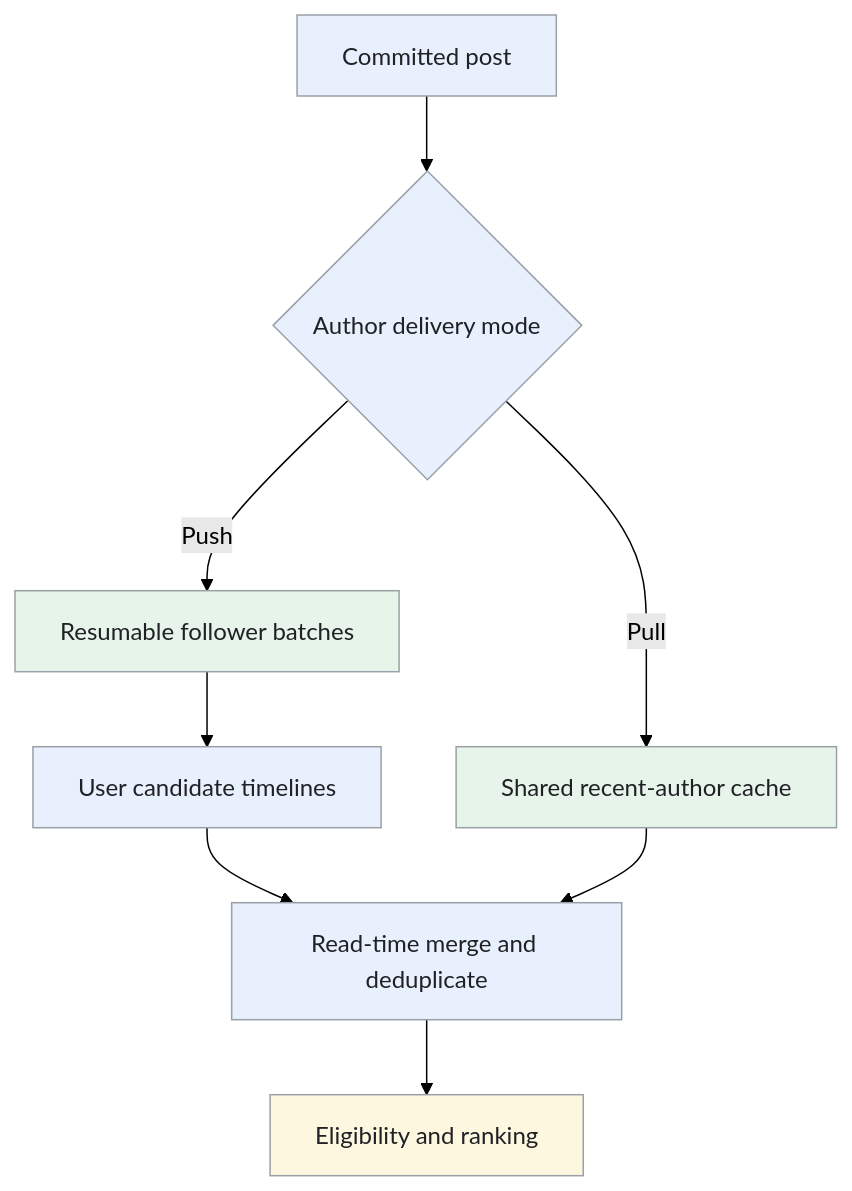
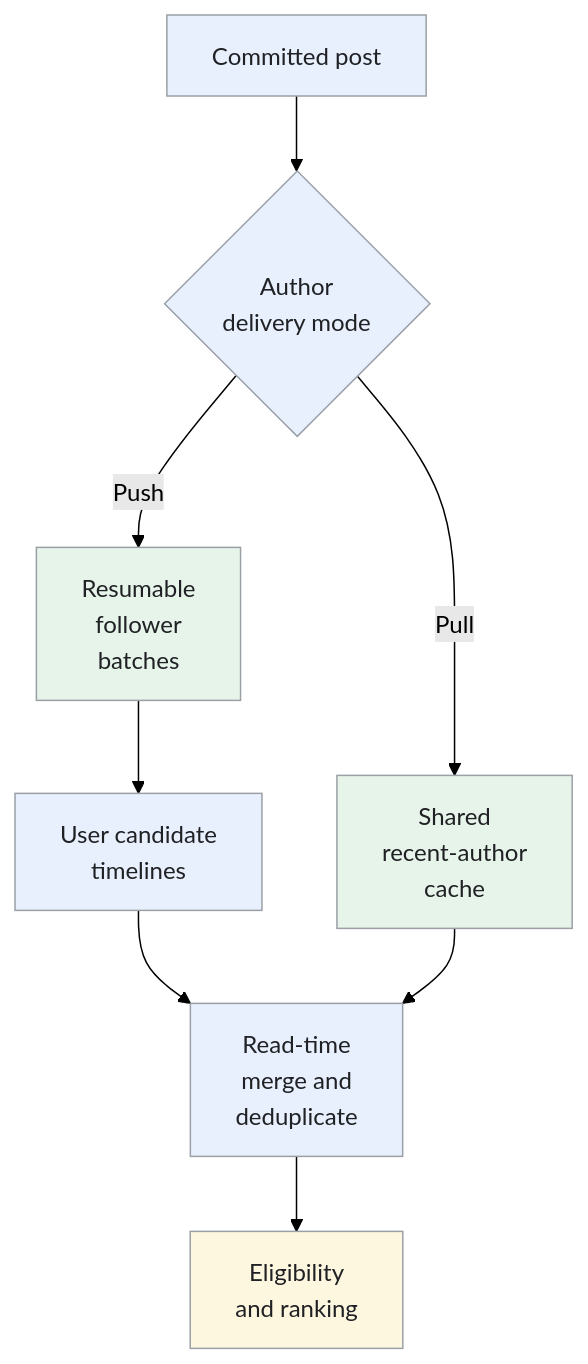
Before and after one commit to iliazlobin/iliazlobin.github.io: the fourth of 6 diagrams in _designs/system-design-news-feed.md, drawn with Mermaid (forest theme). The commit also changed other lines of this file and 116 other files, not shown here.

````diff
--- a/_designs/system-design-news-feed.md
+++ b/_designs/system-design-news-feed.md
@@ -292,16 +320,16 @@
 ```mermaid
 flowchart TB
-  P["Committed post"] --> C{"Author delivery mode"}
-  C -->|"Push"| B["Resumable follower batches"]
-  B --> T["User candidate timelines"]
-  C -->|"Pull"| A["Shared recent-author cache"]
-  T --> M["Read-time merge and deduplicate"]
+  P["Committed post"] --> C{"Author<br>delivery mode"}
+  C -->|"Push"| B["Resumable<br>follower<br>batches"]
+  B --> T["User candidate<br>timelines"]
+  C -->|"Pull"| A["Shared<br>recent-author<br>cache"]
+  T --> M["Read-time<br>merge and<br>deduplicate"]
   A --> M
-  M --> R["Eligibility and ranking"]
+  M --> R["Eligibility<br>and ranking"]
   classDef request fill:#e8f0fe,stroke:#9aa0a6,color:#202124,stroke-width:1px
   classDef background fill:#e6f4ea,stroke:#9aa0a6,color:#202124,stroke-width:1px
   classDef control fill:#fef7e0,stroke:#9aa0a6,color:#202124,stroke-width:1px
   class P,C,T,M request
   class B,A background
   class R control
 ```
````
